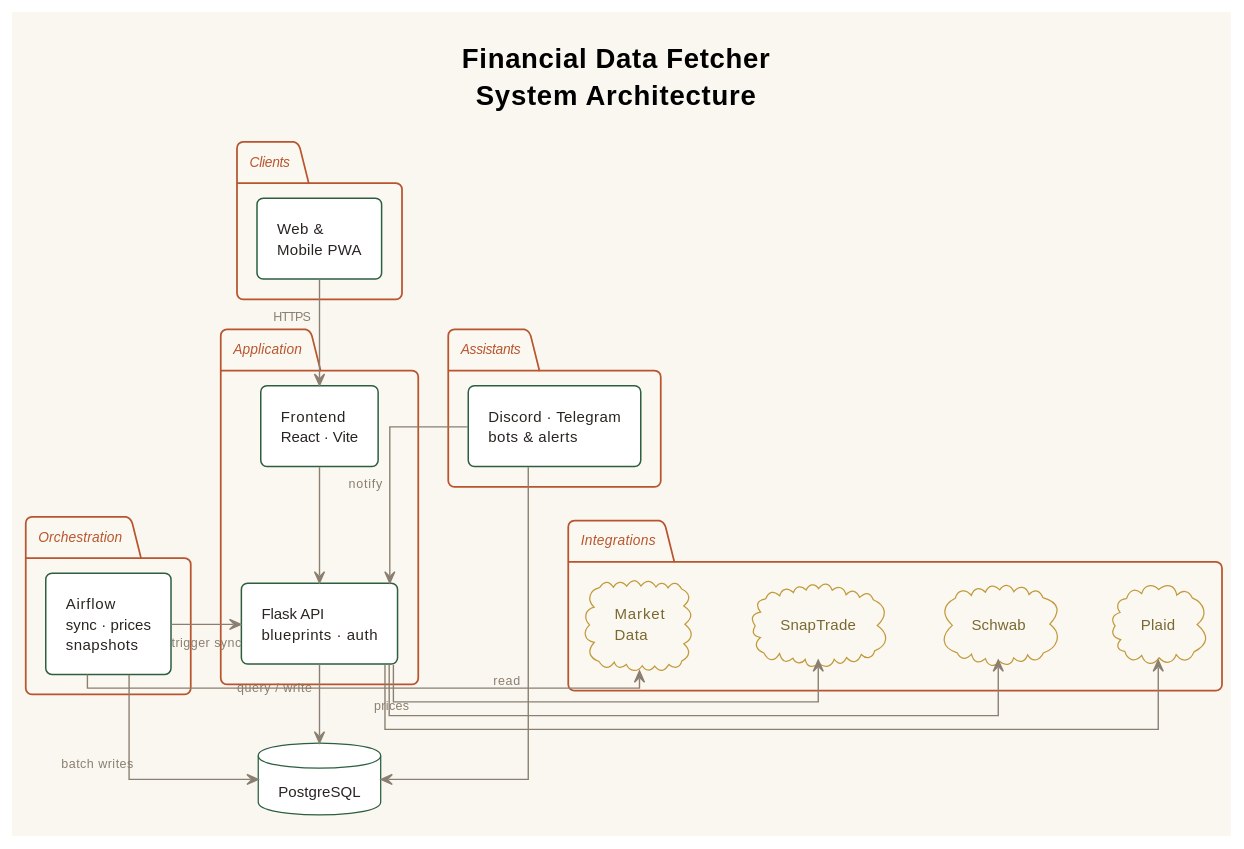
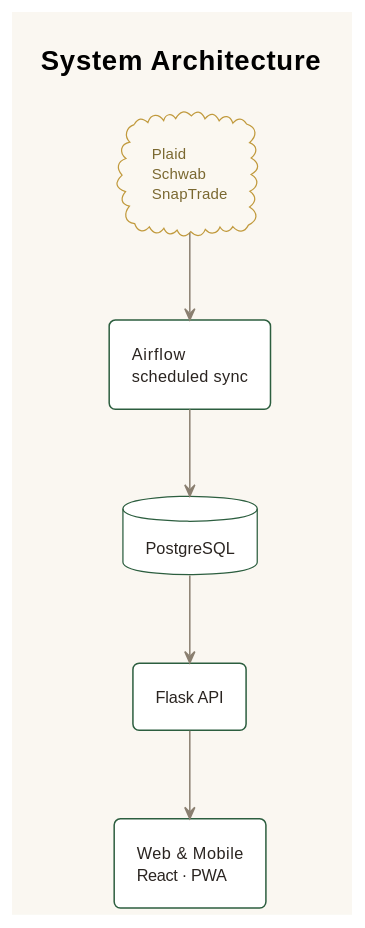
The first of 2 diagrams in README.md (m-dur/docs), drawn with PlantUML before and after one commit. The commit also changed other lines of this file, not shown here.

Commit message:
Radically simplify diagrams: drop packages, L-R flow, 5 nodes each

````diff
--- a/README.md
+++ b/README.md
@@ -23,15 +23,14 @@
 
 skinparam backgroundColor #faf7f1
 skinparam defaultFontName "IBM Plex Sans, Helvetica, Arial"
-skinparam defaultFontSize 12
+skinparam defaultFontSize 13
 skinparam shadowing false
 skinparam roundCorner 10
-skinparam padding 6
-skinparam linetype ortho
-skinparam nodesep 50
+skinparam padding 8
+skinparam nodesep 70
 skinparam ranksep 55
 
-skinparam arrowThickness 1.1
+skinparam arrowThickness 1.2
 skinparam arrowColor #8a7f70
 skinparam arrowFontColor #8a7f70
 skinparam arrowFontSize 10
@@ -41,72 +40,42 @@
   BorderThickness 1.2
   BackgroundColor #ffffff
   FontColor #2a2420
-}
-
-skinparam package {
-  BorderColor #b8552e
-  BorderThickness 1.4
-  BackgroundColor #fbf8f1
-  FontColor #b8552e
-  FontStyle italic
-  FontSize 11
+  FontSize 13
 }
 
 skinparam database {
   BorderColor #2c5e3f
   BackgroundColor #ffffff
   FontColor #2a2420
+  FontSize 13
 }
 
 skinparam cloud {
   BorderColor #c19a3d
   BackgroundColor #fbf8f1
   FontColor #7a6830
+  FontSize 12
 }
 
-title <b>Financial Data Fetcher</b>\nSystem Architecture
-
-' ── Top row: clients + assistants ──
-package "Clients" as ClientPkg {
-  rectangle "Web &\nMobile PWA" as Web
+skinparam actor {
+  BorderColor #2c5e3f
+  FontColor #2a2420
 }
 
-package "Assistants" as AssistPkg {
-  rectangle "Discord · Telegram\nbots & alerts" as Bots
-}
+left to right direction
 
-' ── Middle row: application + orchestration ──
-package "Application" as AppPkg {
-  rectangle "Frontend\nReact · Vite" as FE
-  rectangle "Flask API\nblueprints · auth" as API
-  FE -down-> API
-}
+title <b>System Architecture</b>
 
-package "Orchestration" as OrchPkg {
-  rectangle "Airflow\nsync · prices\nsnapshots" as Airflow
-}
+cloud "Plaid\nSchwab\nSnapTrade" as Sources
+rectangle "Airflow\nscheduled sync" as Pipeline
+database "PostgreSQL" as DB
+rectangle "Flask API" as API
+rectangle "Web & Mobile\nReact · PWA" as Clients
 
-' ── Bottom row: data + integrations ──
-database "PostgreSQL" as DB
-
-package "Integrations" as IntegPkg {
-  cloud "Plaid" as Plaid
-  cloud "Schwab" as Schwab
-  cloud "SnapTrade" as SnapTrade
-  cloud "Market\nData" as Market
-}
-
-' ── Connections (simple, minimal crossings) ──
-Web -down-> FE : HTTPS
-API -down-> DB : query / write
-Airflow -down-> DB : batch writes
-Airflow -left-> API : trigger sync
-API -right-> Plaid
-API -right-> Schwab
-API -right-> SnapTrade
-Airflow -right-> Market : prices
-Bots -down-> DB : read
-Bots -down-> API : notify
+Sources -right-> Pipeline
+Pipeline -right-> DB
+DB -right-> API
+API -right-> Clients
 
 @enduml
 ```
````
